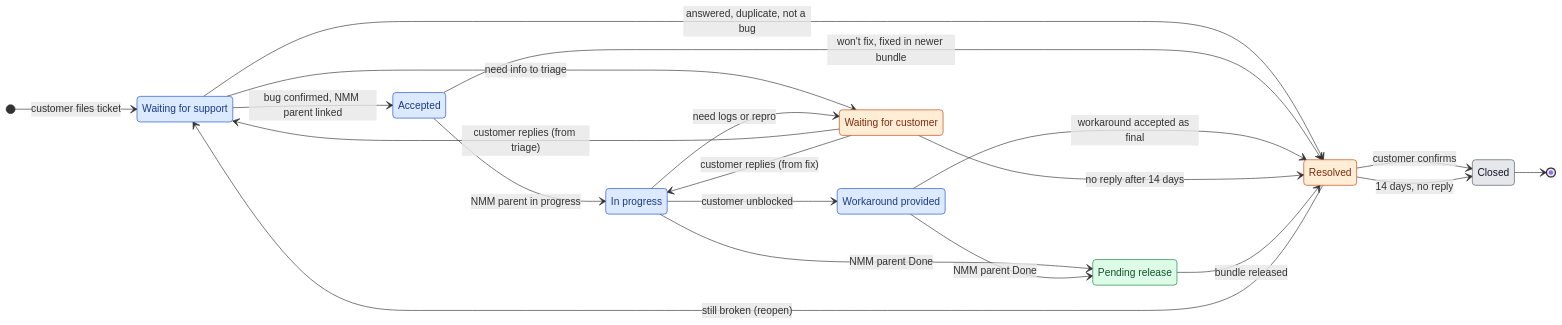
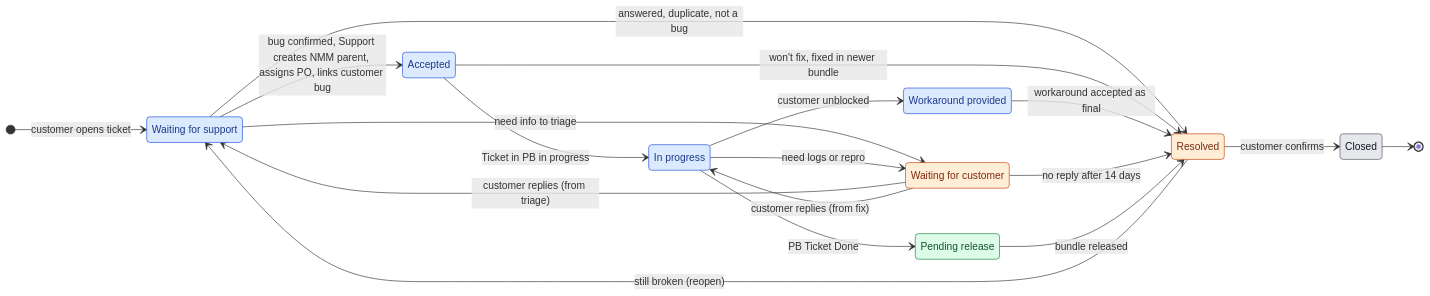
Before and after one commit to igrbesa/Release-versioning-options: the first of 4 diagrams in DEVELOPMENT_LIFECYCLE.md, drawn with Mermaid. The commit also changed other lines of this file and 1 other file, not shown here.

````diff
--- a/DEVELOPMENT_LIFECYCLE.md
+++ b/DEVELOPMENT_LIFECYCLE.md
@@ -142,51 +146,49 @@
 ```mermaid
 stateDiagram-v2
     direction LR
 
     state "Waiting for support" as WFS
     state "Waiting for customer" as WFC
     state "Accepted" as ACC
     state "In progress" as INP
     state "Workaround provided" as WKA
     state "Pending release" as PEN
     state "Resolved" as RES
     state "Closed" as CLO
 
-    [*] --> WFS: customer files ticket
+    [*] --> WFS: customer opens ticket
 
-    WFS --> ACC: bug confirmed, NMM parent linked
+    WFS --> ACC: bug confirmed, Support creates NMM parent, assigns PO, links customer bug
     WFS --> WFC: need info to triage
     WFS --> RES: answered, duplicate, not a bug
 
-    ACC --> INP: NMM parent in progress
+    ACC --> INP: Ticket in PB in progress
     ACC --> RES: won't fix, fixed in newer bundle
 
     INP --> WFC: need logs or repro
     INP --> WKA: customer unblocked
-    INP --> PEN: NMM parent Done
+    INP --> PEN: PB Ticket Done
 
-    WKA --> PEN: NMM parent Done
     WKA --> RES: workaround accepted as final
 
     WFC --> WFS: customer replies (from triage)
     WFC --> INP: customer replies (from fix)
     WFC --> RES: no reply after 14 days
 
     PEN --> RES: bundle released
 
     RES --> CLO: customer confirms
-    RES --> CLO: 14 days, no reply
     RES --> WFS: still broken (reopen)
 
     CLO --> [*]
 
     classDef us fill:#dbeafe,stroke:#1d4ed8,color:#1e3a8a
     classDef customer fill:#ffedd5,stroke:#c2410c,color:#7c2d12
     classDef release fill:#dcfce7,stroke:#15803d,color:#14532d
     classDef done fill:#e5e7eb,stroke:#4b5563,color:#111827
 
     class WFS,ACC,INP,WKA us
     class WFC,RES customer
     class PEN release
     class CLO done
 ```
````
